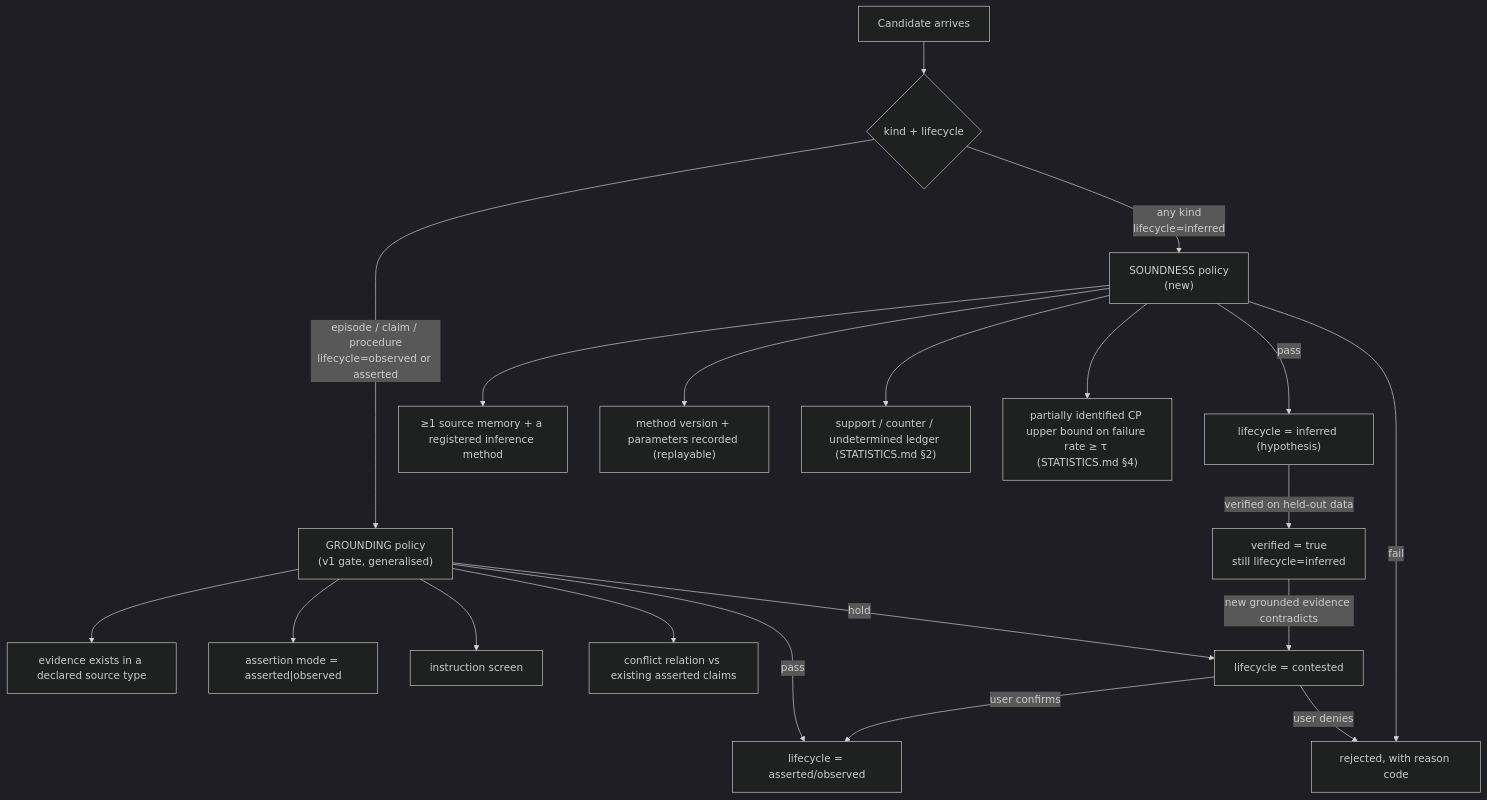
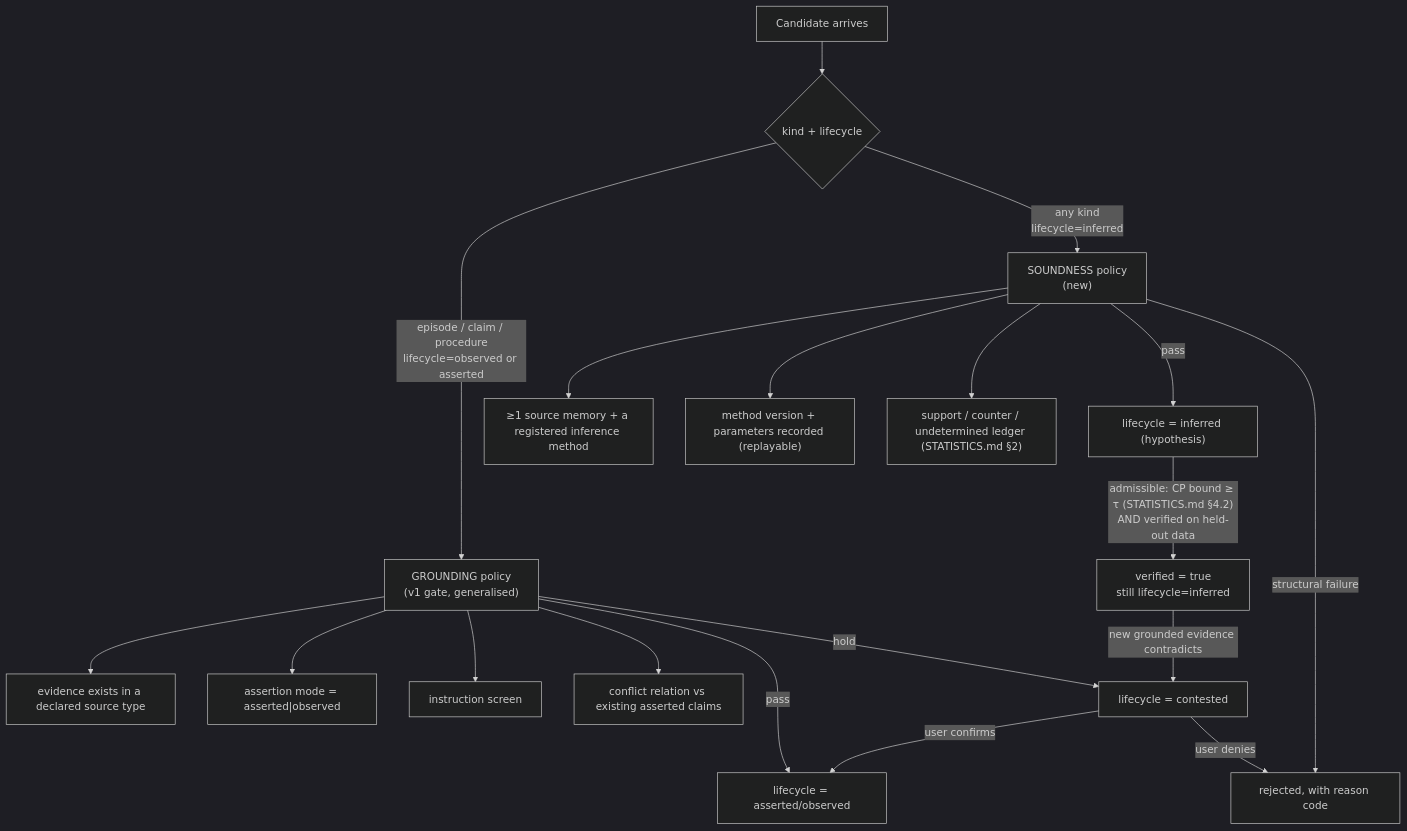
Before and after one commit to eMinders/ChronaMind: the second of 3 diagrams in custom-memory-engine/PLAN/V2/ARCHITECTURE_V2.md, drawn with Mermaid (dark theme). The commit also changed other lines of this file and 15 other files, not shown here.

````diff
--- a/custom-memory-engine/PLAN/V2/ARCHITECTURE_V2.md
+++ b/custom-memory-engine/PLAN/V2/ARCHITECTURE_V2.md
@@ -108,22 +108,21 @@
 ```mermaid
 flowchart TB
     C["Candidate arrives"] --> K{"kind + lifecycle"}
     K -->|episode / claim / procedure<br/>lifecycle=observed or asserted| G1["GROUNDING policy<br/>(v1 gate, generalised)"]
     K -->|any kind<br/>lifecycle=inferred| G2["SOUNDNESS policy<br/>(new)"]
     G1 --> G1a["evidence exists in a declared source type"]
     G1 --> G1b["assertion mode = asserted|observed"]
     G1 --> G1c["instruction screen"]
     G1 --> G1d["conflict relation vs existing asserted claims"]
     G1 -->|pass| LIVE["lifecycle = asserted/observed"]
     G1 -->|hold| CONT["lifecycle = contested"]
     G2 --> G2a["≥1 source memory + a registered inference method"]
     G2 --> G2b["method version + parameters recorded (replayable)"]
     G2 --> G2c["support / counter / undetermined ledger (STATISTICS.md §2)"]
-    G2 --> G2d["partially identified CP upper bound on failure rate ≥ τ (STATISTICS.md §4)"]
     G2 -->|pass| HYP["lifecycle = inferred (hypothesis)"]
-    G2 -->|fail| REJ["rejected, with reason code"]
+    G2 -->|structural failure| REJ["rejected, with reason code"]
     CONT -->|user confirms| LIVE
     CONT -->|user denies| REJ
-    HYP -->|verified on held-out data| VER["verified = true<br/>still lifecycle=inferred"]
+    HYP -->|"admissible: CP bound ≥ τ (STATISTICS.md §4.2)<br/>AND verified on held-out data"| VER["verified = true<br/>still lifecycle=inferred"]
     VER -->|new grounded evidence contradicts| CONT
 ```
````
